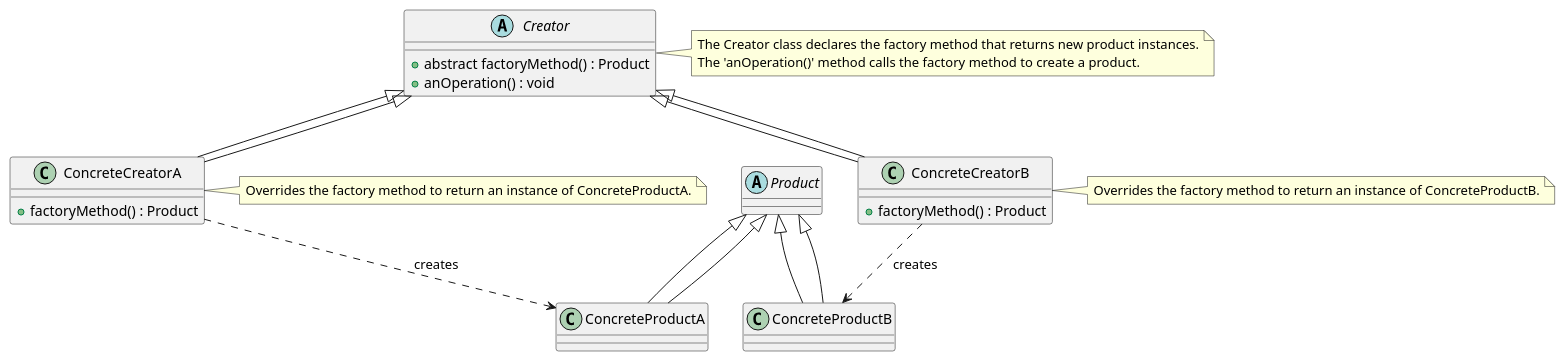
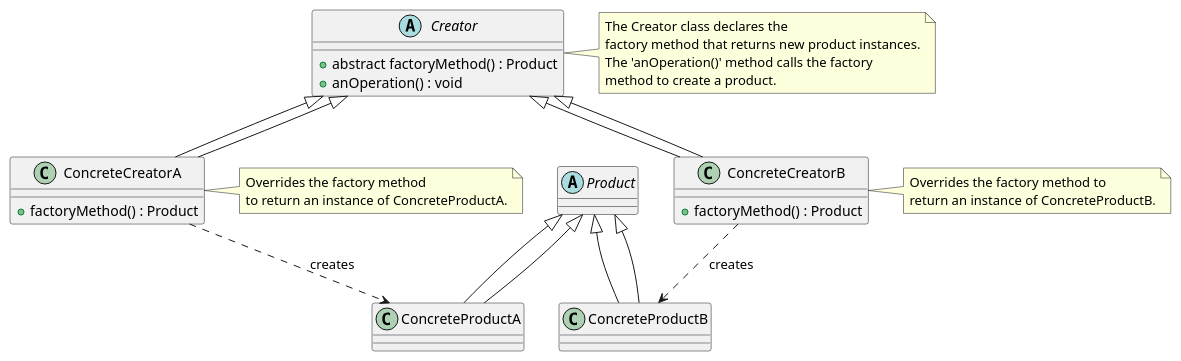
One commit to Gabriel-SoftwareAG/DesignPatterns changed the diagram in Patterns/Manuscript/manuscript/plantUml/factory_method_class_diagram.plantuml. Above: the diagram before and after it, drawn with PlantUML. The commit also changed 7 other files, not shown here.

Commit message:
factory method

```diff
--- a/Patterns/Manuscript/manuscript/plantUml/factory_method_class_diagram.plantuml
+++ b/Patterns/Manuscript/manuscript/plantUml/factory_method_class_diagram.plantuml
@@ -1,49 +1,53 @@
-@startuml FactoryMethodClassDiagram
+@startuml FactoryMethodPatternClassDiagram
 
 ' Abstract Product
 abstract class Product {
 }
 
 ' Concrete Products
 class ConcreteProductA extends Product {
 }
 
 class ConcreteProductB extends Product {
 }
 
 ' Creator Interface or Abstract Class
 abstract class Creator {
   +abstract factoryMethod() : Product
   +anOperation() : void
 }
 
 ' Concrete Creators
 class ConcreteCreatorA extends Creator {
   +factoryMethod() : Product
 }
 
 class ConcreteCreatorB extends Creator {
   +factoryMethod() : Product
 }
 
 Creator <|-- ConcreteCreatorA
 Creator <|-- ConcreteCreatorB
 Product <|-- ConcreteProductA
 Product <|-- ConcreteProductB
 ConcreteCreatorA ..> ConcreteProductA : creates
 ConcreteCreatorB ..> ConcreteProductB : creates
 
 note right of Creator
-  The Creator class declares the factory method that returns new product instances.
-  The 'anOperation()' method calls the factory method to create a product.
+  The Creator class declares the 
+  factory method that returns new product instances.
+  The 'anOperation()' method calls the factory 
+  method to create a product.
 end note
 
 note right of ConcreteCreatorA
-  Overrides the factory method to return an instance of ConcreteProductA.
+  Overrides the factory method 
+  to return an instance of ConcreteProductA.
 end note
 
 note right of ConcreteCreatorB
-  Overrides the factory method to return an instance of ConcreteProductB.
+  Overrides the factory method to 
+  return an instance of ConcreteProductB.
 end note
 
 @enduml
```
